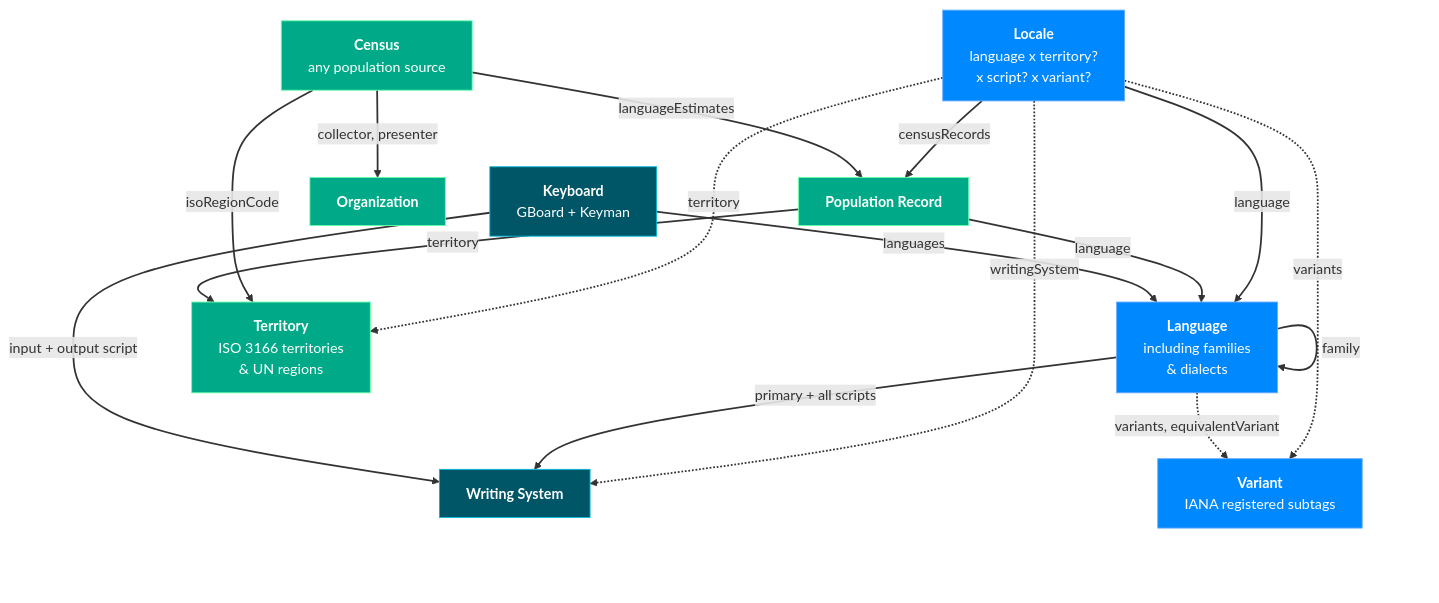
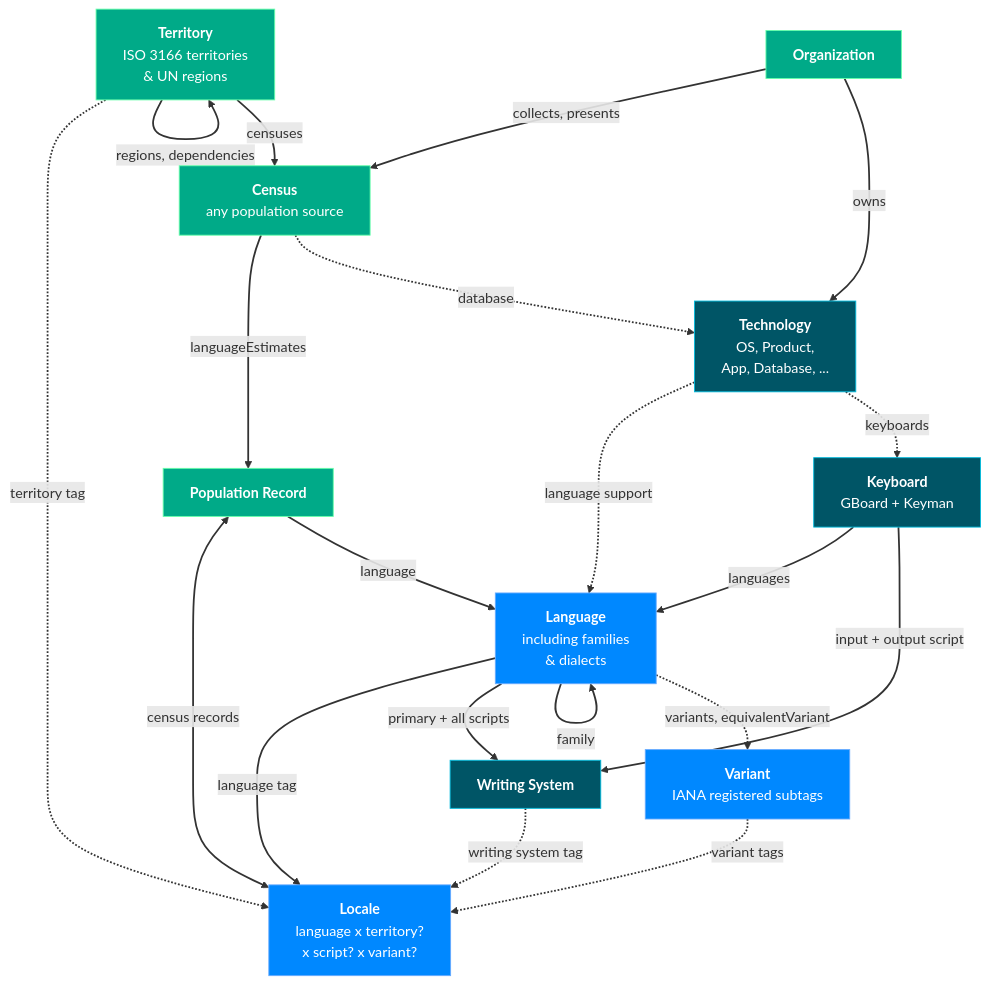
The diagram in docs/entity.md (Translation-Commons/lang-nav), drawn with Mermaid before and after one commit. The commit also changed other lines of this file and 63 other files, not shown here.

````diff
--- a/docs/entity.md
+++ b/docs/entity.md
@@ -11,37 +11,43 @@
 ```mermaid
 flowchart TD
     classDef ling   fill:#08f,stroke:#6af,color:#fff
     classDef method fill:#056,stroke:#0bd,color:#fff
     classDef demographics   fill:#0a8,stroke:#6fa,color:#fff
 
     LANG["<b>Language</b><br/>including families<br/>& dialects"]:::ling
     LOC["<b>Locale</b><br/>language x territory?<br/>x script? x variant?"]:::ling
     TERR["<b>Territory</b><br/>ISO 3166 territories<br/>& UN regions"]:::demographics
     WS["<b>Writing System</b>"]:::method
     VAR["<b>Variant</b><br/>IANA registered subtags"]:::ling
     KB["<b>Keyboard</b><br/>GBoard + Keyman"]:::method
     CEN["<b>Census</b><br/>any population source"]:::demographics
     ORG["<b>Organization</b>"]:::demographics
     POP["<b>Population Record</b>"]:::demographics
+    TECH["<b>Technology</b><br/>OS, Product,<br/>App, Database, ..."]:::method
 
-    LOC -->|"language"| LANG
-    LOC -.->|"territory"| TERR
-    LOC -.->|"writingSystem"| WS
-    LOC -.->|"variants"| VAR
-    LOC -->|"censusRecords"| POP
+    LANG -->|"language tag"| LOC
+    TERR -.->|"territory tag"| LOC
+    WS -.->|"writing system tag"| LOC
+    VAR -.->|"variant tags"| LOC
+    POP <-->|"census records"| LOC
 
     LANG -->|"primary + all scripts"| WS
+    LANG -->|"family"| LANG
     LANG -.->|"variants, equivalentVariant"| VAR
-    LANG -->|"family"| LANG
+
+    TERR -->|"regions, dependencies"| TERR
+    TERR -->|"censuses"| CEN
 
     CEN -->|"languageEstimates"| POP
-    CEN -->|"isoRegionCode"| TERR
-    CEN -->|"collector, presenter"| ORG
+    CEN -.->|"database"| TECH
+    ORG -->|"collects, presents" | CEN
     POP -->|"language"| LANG
-    POP -->|"territory"| TERR
 
     KB   -->|"languages"| LANG
     KB   -->|"input + output script"| WS
+    ORG  -->|"owns"| TECH
+    TECH -.->|"language support"| LANG
+    TECH -.->|"keyboards"| KB
 
     linkStyle default stroke-width:2px
 ```
````
